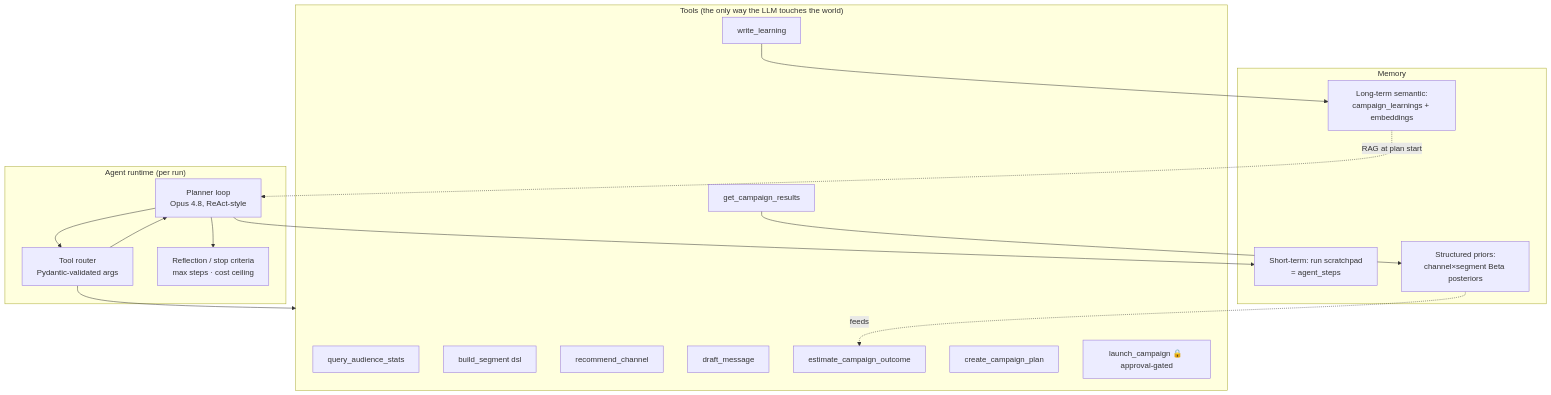
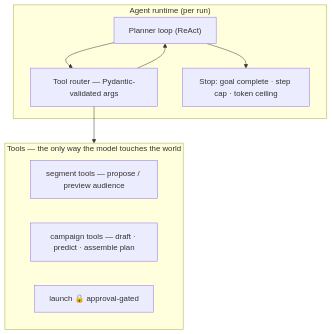
Before and after one commit to blazingarrows1525/xeno-sde: the fifth of 6 diagrams in BLUEPRINT.md, drawn with Mermaid. The commit also changed other lines of this file and 3 other files, not shown here.

````diff
--- a/BLUEPRINT.md
+++ b/BLUEPRINT.md
@@ -695,33 +331,14 @@
 ```mermaid
 flowchart TB
-    subgraph RUNTIME["Agent runtime (per run)"]
-        PLAN[Planner loop<br/>Opus 4.8, ReAct-style] --> TOOLS
-        TOOLS[Tool router<br/>Pydantic-validated args] --> PLAN
-        PLAN --> REFLECT[Reflection / stop criteria<br/>max steps · cost ceiling]
+    subgraph RT["Agent runtime (per run)"]
+        PLAN["Planner loop (ReAct)"] --> TOOLS["Tool router — Pydantic-validated args"]
+        TOOLS --> PLAN
+        PLAN --> STOP["Stop: goal complete · step cap · token ceiling"]
     end
-
-    subgraph MEM["Memory"]
-        ST[Short-term: run scratchpad<br/>= agent_steps]
-        LT[Long-term semantic:<br/>campaign_learnings + embeddings]
-        PRI[Structured priors:<br/>channel×segment Beta posteriors]
+    subgraph TS["Tools — the only way the model touches the world"]
+        T1["segment tools — propose / preview audience"]
+        T2["campaign tools — draft · predict · assemble plan"]
+        T3["launch 🔒 approval-gated"]
     end
-
-    subgraph TOOLSET["Tools (the only way the LLM touches the world)"]
-        T1[query_audience_stats]
-        T2[build_segment dsl]
-        T3[recommend_channel]
-        T4[draft_message]
-        T5[estimate_campaign_outcome]
-        T6[create_campaign_plan]
-        T7[launch_campaign 🔒 approval-gated]
-        T8[get_campaign_results]
-        T9[write_learning]
-    end
-
-    LT -. RAG at plan start .-> PLAN
-    PRI -. feeds .-> T5
-    TOOLS --> TOOLSET
-    PLAN --> ST
-    T8 --> PRI
-    T9 --> LT
+    TOOLS --> TS
 ```
````
